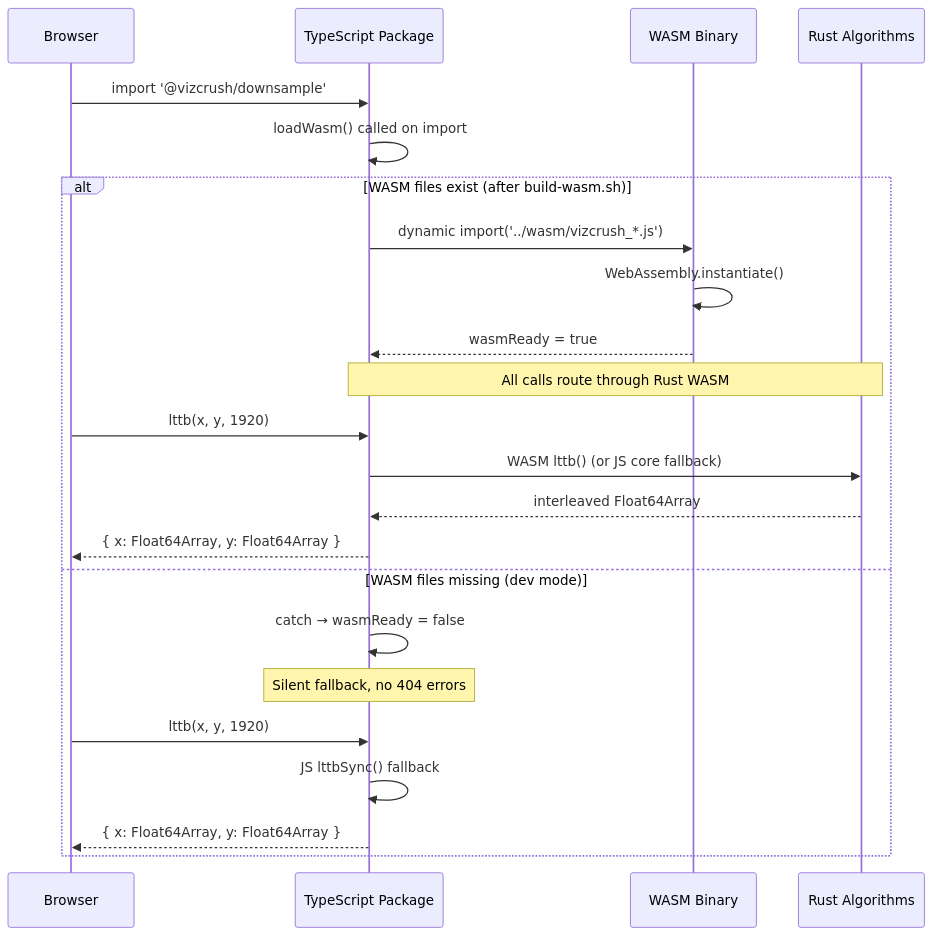
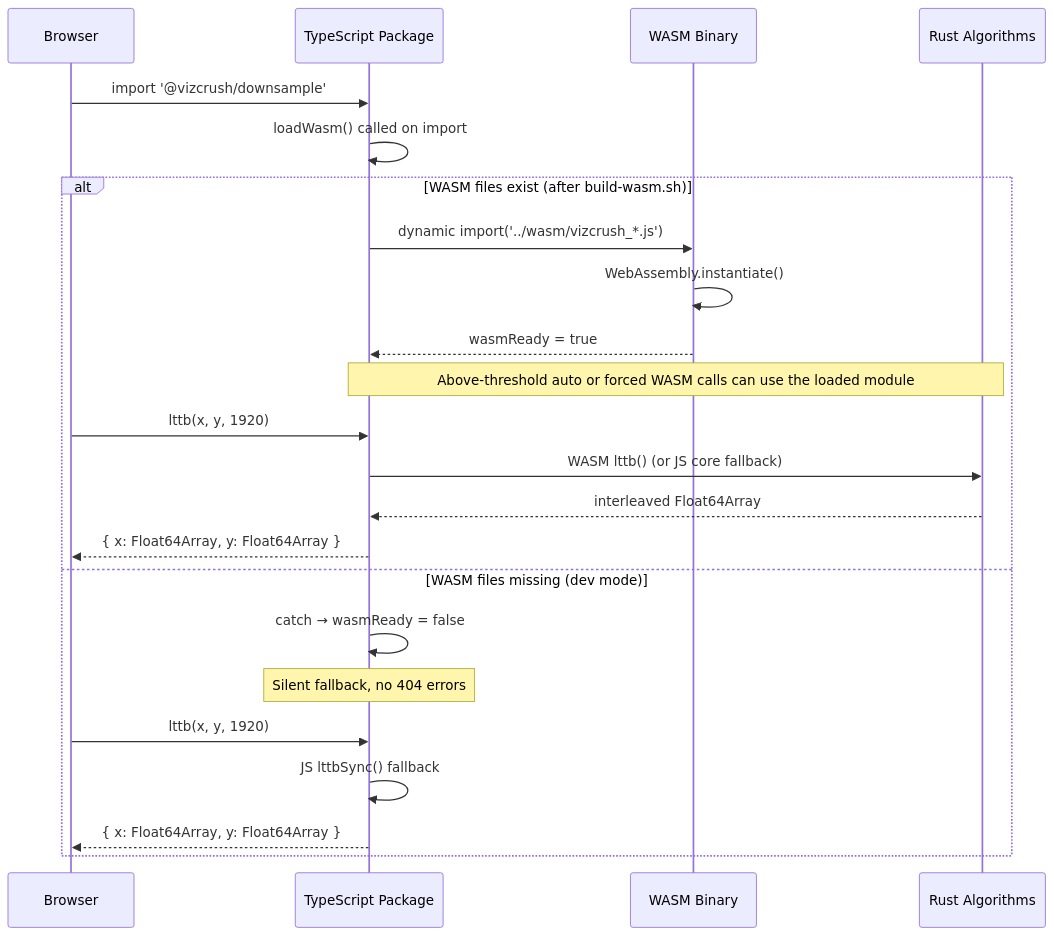
One commit to debug-diary-1/vizcrush changed the third of 11 diagrams in docs/ARCHITECTURE.md. Above: the diagram before and after it, drawn with Mermaid. The commit also changed other lines of this file and 19 other files, not shown here.

````diff
--- a/docs/ARCHITECTURE.md
+++ b/docs/ARCHITECTURE.md
@@ -76,27 +76,27 @@
 ```mermaid
 sequenceDiagram
     participant Browser
     participant TS as TypeScript Package
     participant WASM as WASM Binary
     participant Rust as Rust Algorithms
 
     Browser->>TS: import '@vizcrush/downsample'
     TS->>TS: loadWasm() called on import
 
     alt WASM files exist (after build-wasm.sh)
         TS->>WASM: dynamic import('../wasm/vizcrush_*.js')
         WASM->>WASM: WebAssembly.instantiate()
         WASM-->>TS: wasmReady = true
-        Note over TS,Rust: All calls route through Rust WASM
+        Note over TS,Rust: Above-threshold auto or forced WASM calls can use the loaded module
         Browser->>TS: lttb(x, y, 1920)
         TS->>Rust: WASM lttb() (or JS core fallback)
         Rust-->>TS: interleaved Float64Array
         TS-->>Browser: { x: Float64Array, y: Float64Array }
     else WASM files missing (dev mode)
         TS->>TS: catch → wasmReady = false
         Note over TS: Silent fallback, no 404 errors
         Browser->>TS: lttb(x, y, 1920)
         TS->>TS: JS lttbSync() fallback
         TS-->>Browser: { x: Float64Array, y: Float64Array }
     end
 ```
````
